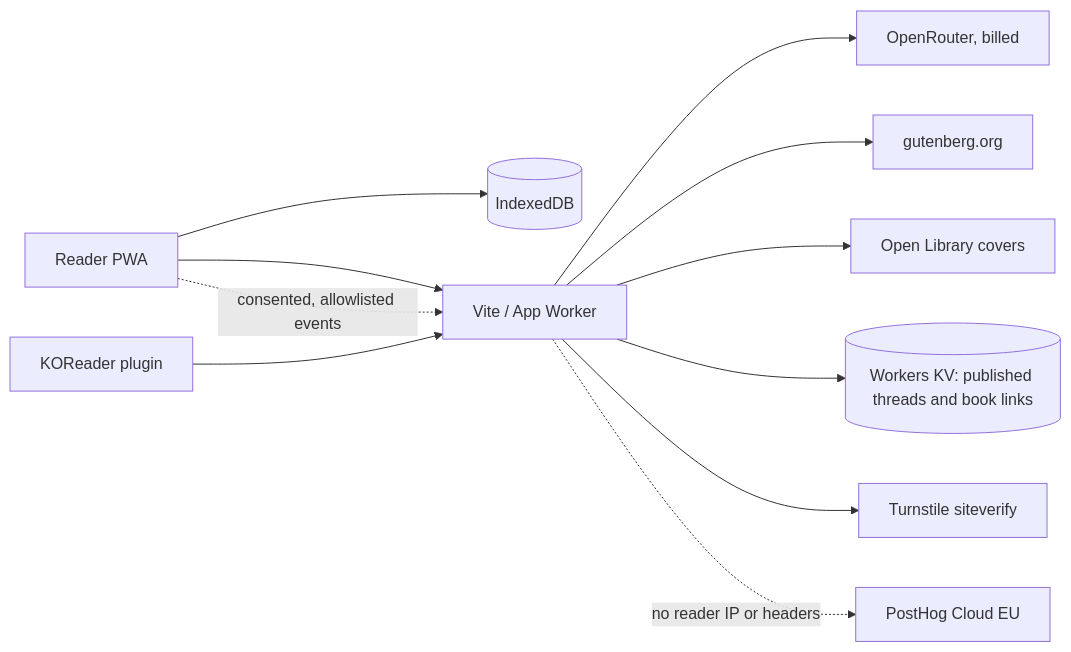
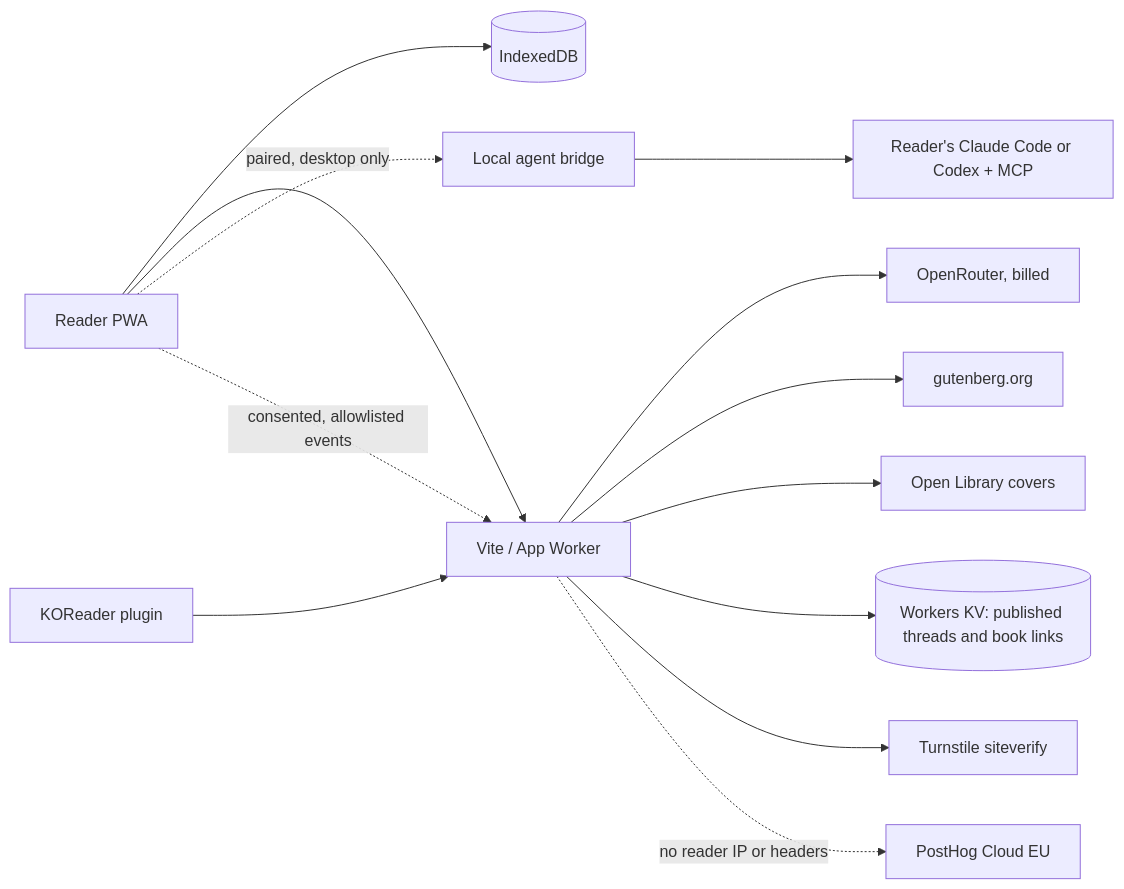
The diagram in docs/architecture.md (critesjosh/marginalia), drawn with Mermaid before and after one commit. The commit also changed other lines of this file and 21 other files, not shown here.

First line of the commit message:
Pair the hosted app with a local agent bridge

````diff
--- a/docs/architecture.md
+++ b/docs/architecture.md
@@ -41,13 +41,14 @@
 ```mermaid
 flowchart LR
   PWA[Reader PWA] --> IDB[(IndexedDB)]
   PWA --> Relay[Vite / App Worker]
+  PWA -. paired, desktop only .-> Bridge[Local agent bridge] --> Agent[Reader's Claude Code or Codex + MCP]
   KO[KOReader plugin] --> Relay
   Relay --> OR[OpenRouter, billed]
   Relay --> PG[gutenberg.org]
   Relay --> OL[Open Library covers]
   Relay --> KV[(Workers KV: published threads and book links)]
   Relay --> TS[Turnstile siteverify]
   PWA -. consented, allowlisted events .-> Relay
   Relay -. no reader IP or headers .-> PH[PostHog Cloud EU]
 ```
````
